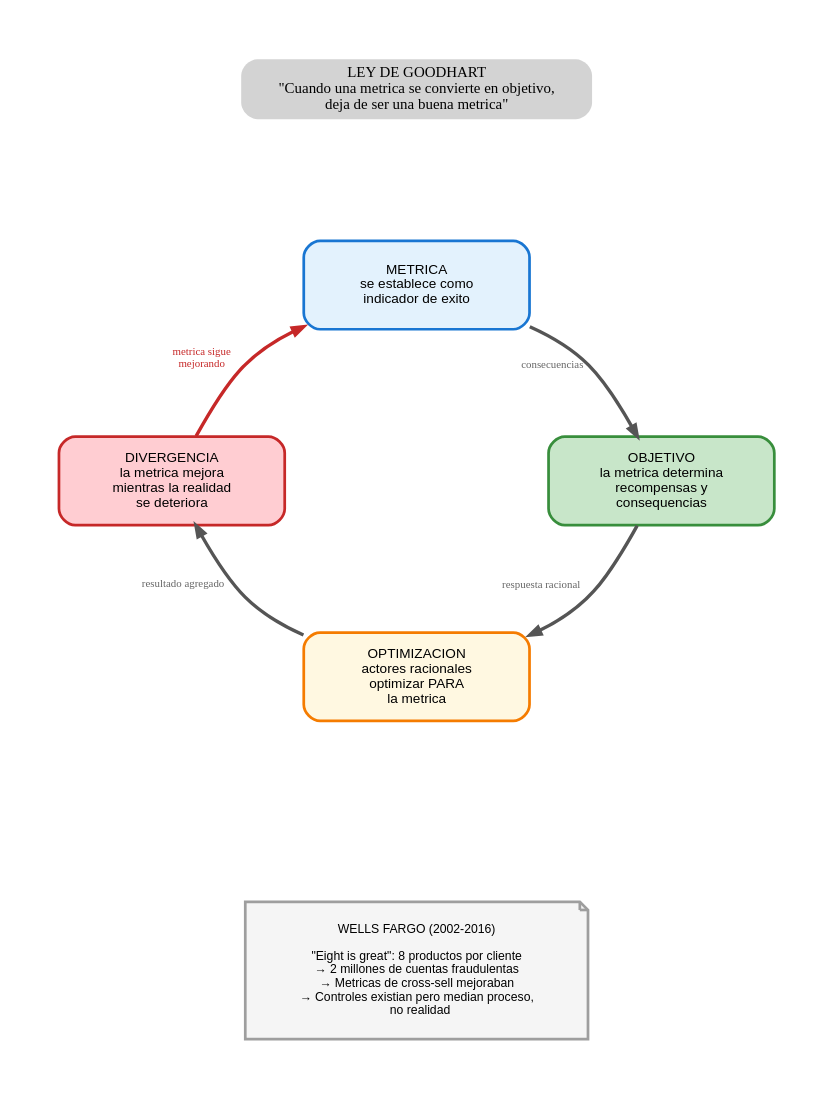
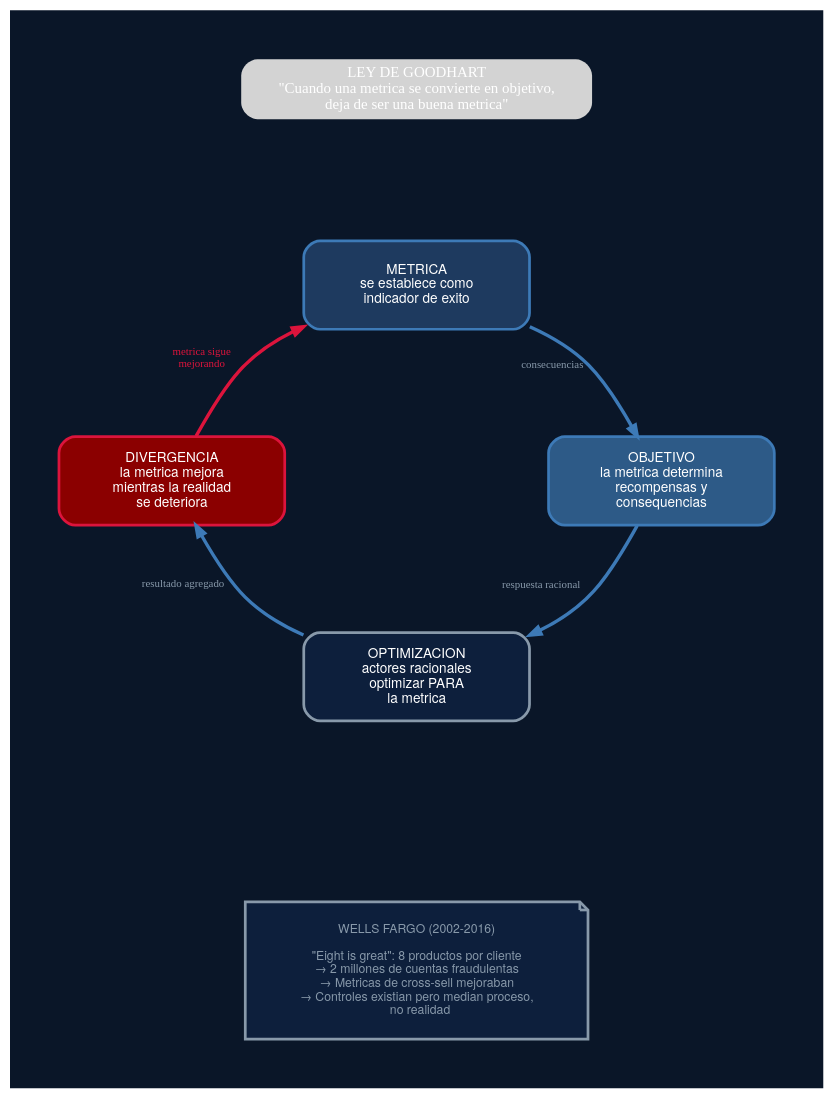
Before and after one commit to gonzalezulises/mas-control-mas-caos: the diagram in assets/diagrams/B3-goodhart-loop.dot, drawn with Graphviz. The commit also changed 11 other files, not shown here.

First line of the commit message:
Update all diagrams to match cover color palette

```diff
--- a/assets/diagrams/B3-goodhart-loop.dot
+++ b/assets/diagrams/B3-goodhart-loop.dot
@@ -1,55 +1,58 @@
 digraph GoodhartLoop {
     // Layout circular
     layout=neato;
-    bgcolor="white";
+    bgcolor="#0a1628";
     pad=0.5;
     splines=curved;
 
-    // Estilo global
+    // Estilo global - paleta portada
     node [
         shape=box,
         style="rounded,filled",
-        fontname="Arial",
+        fontname="Helvetica Neue",
         fontsize=10,
+        fontcolor="#ffffff",
         penwidth=2
     ];
 
     edge [
         penwidth=2.5,
-        color="#555555",
+        color="#3d7ab7",
+        fontcolor="#8899aa",
         arrowsize=0.8
     ];
 
     // Titulo
     title [label="LEY DE GOODHART\n\"Cuando una metrica se convierte en objetivo,\ndeja de ser una buena metrica\"",
-           shape=plaintext, fontsize=11, fontname="Arial Bold", pos="0,4!"];
+           shape=plaintext, fontsize=11, fontname="Helvetica Neue Bold", fontcolor="#ffffff", pos="0,4!"];
 
     // Loop principal (sentido horario)
     M [label="METRICA\nse establece como\nindicador de exito",
-       fillcolor="#e3f2fd", color="#1976d2", width=2.3, height=0.9, pos="0,2!"];
+       fillcolor="#1e3a5f", color="#3d7ab7", width=2.3, height=0.9, pos="0,2!"];
 
     O [label="OBJETIVO\nla metrica determina\nrecompensas y\nconsequencias",
-       fillcolor="#c8e6c9", color="#388e3c", width=2.3, height=0.9, pos="2.5,0!"];
+       fillcolor="#2d5a87", color="#3d7ab7", width=2.3, height=0.9, pos="2.5,0!"];
 
     OPT [label="OPTIMIZACION\nactores racionales\noptimizar PARA\nla metrica",
-         fillcolor="#fff8e1", color="#f57c00", width=2.3, height=0.9, pos="0,-2!"];
+         fillcolor="#0d1f3c", color="#8899aa", width=2.3, height=0.9, pos="0,-2!"];
 
     DIV [label="DIVERGENCIA\nla metrica mejora\nmientras la realidad\nse deteriora",
-         fillcolor="#ffcdd2", color="#c62828", width=2.3, height=0.9, pos="-2.5,0!"];
+         fillcolor="#8b0000", color="#dc143c", width=2.3, height=0.9, pos="-2.5,0!"];
 
     // Conexiones del loop
-    M -> O [label=" consecuencias ", fontsize=8, fontcolor="#666666"];
-    O -> OPT [label=" respuesta racional ", fontsize=8, fontcolor="#666666"];
-    OPT -> DIV [label=" resultado agregado ", fontsize=8, fontcolor="#666666"];
-    DIV -> M [label=" metrica sigue\n mejorando ", fontsize=8, fontcolor="#c62828", color="#c62828", style=bold];
+    M -> O [label=" consecuencias ", fontsize=8];
+    O -> OPT [label=" respuesta racional ", fontsize=8];
+    OPT -> DIV [label=" resultado agregado ", fontsize=8];
+    DIV -> M [label=" metrica sigue\n mejorando ", fontsize=8, fontcolor="#dc143c", color="#dc143c", style=bold];
 
     // Ejemplo: Wells Fargo
     ejemplo [label="WELLS FARGO (2002-2016)\n\n\"Eight is great\": 8 productos por cliente\n→ 2 millones de cuentas fraudulentas\n→ Metricas de cross-sell mejoraban\n→ Controles existian pero median proceso,\n   no realidad",
              shape=note,
-             fillcolor="#f5f5f5",
-             color="#9e9e9e",
+             fillcolor="#0d1f3c",
+             color="#8899aa",
              fontsize=9,
+             fontcolor="#8899aa",
              width=3.5,
              height=1.4,
              pos="0,-5!"];
 }
```
